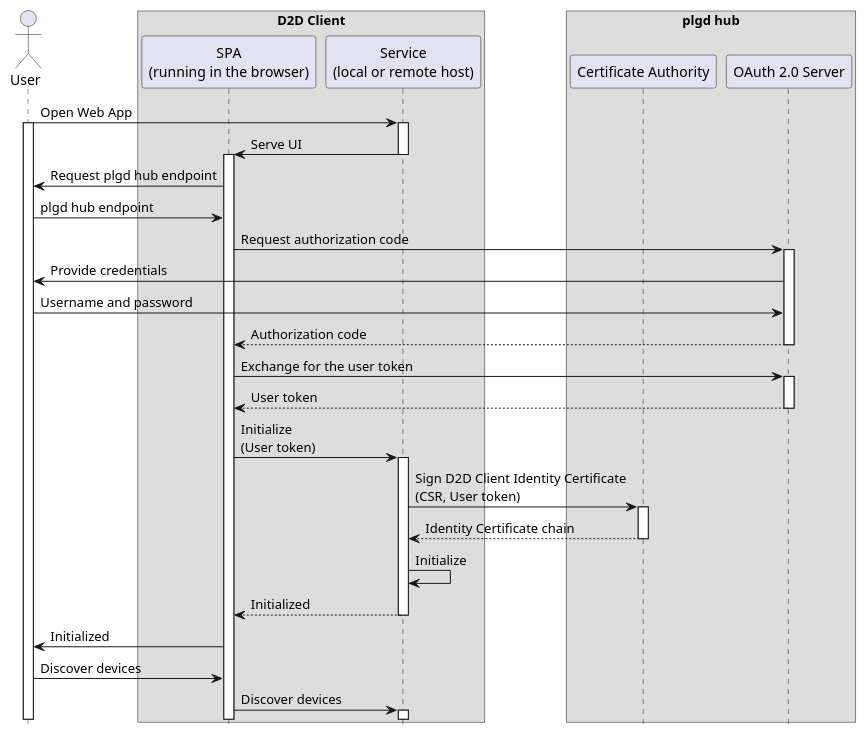
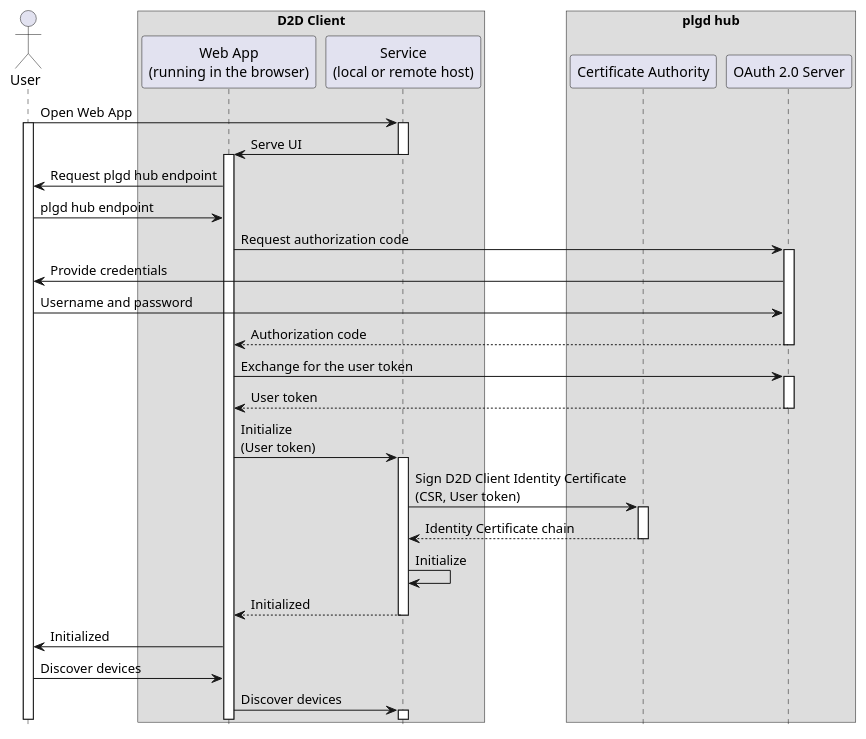
The first of 2 diagrams in content/en/device-to-device-client/client-initialization.md (plgd-dev/doc), drawn with PlantUML before and after one commit. The commit also changed other lines of this file and 1 other file, not shown here.

```diff
--- a/content/en/device-to-device-client/client-initialization.md
+++ b/content/en/device-to-device-client/client-initialization.md
@@ -70,43 +70,43 @@
 {{< plantuml id="direct-csr" >}}
 @startuml Sequence
 skinparam backgroundColor transparent
 hide footbox
 
 actor U as "User"
 box "D2D Client"
-participant S as "SPA\n(running in the browser)"
+participant S as "Web App\n(running in the browser)"
 participant C as "Service\n(local or remote host)"
 end box
 
 box "plgd hub"
 participant CA as "Certificate Authority"
 participant OA as "OAuth 2.0 Server"
 end box
 
 U -> C ++: Open Web App
 activate U
 C -> S: Serve UI
 deactivate C
 activate S
 S -> U: Request plgd hub endpoint
 U -> S: plgd hub endpoint
 
 S -> OA ++: Request authorization code
 OA -> U: Provide credentials
 U -> OA: Username and password
 return Authorization code
 
 S -> OA ++: Exchange for the user token
 return User token
 
 S -> C ++: Initialize\n(User token)
 C -> CA ++: Sign D2D Client Identity Certificate\n(CSR, User token)
 return Identity Certificate chain
 C -> C: Initialize
 return Initialized
 S -> U: Initialized
 
 U -> S: Discover devices
 S -> C ++: Discover devices
 @enduml
 {{< /plantuml >}}
```
